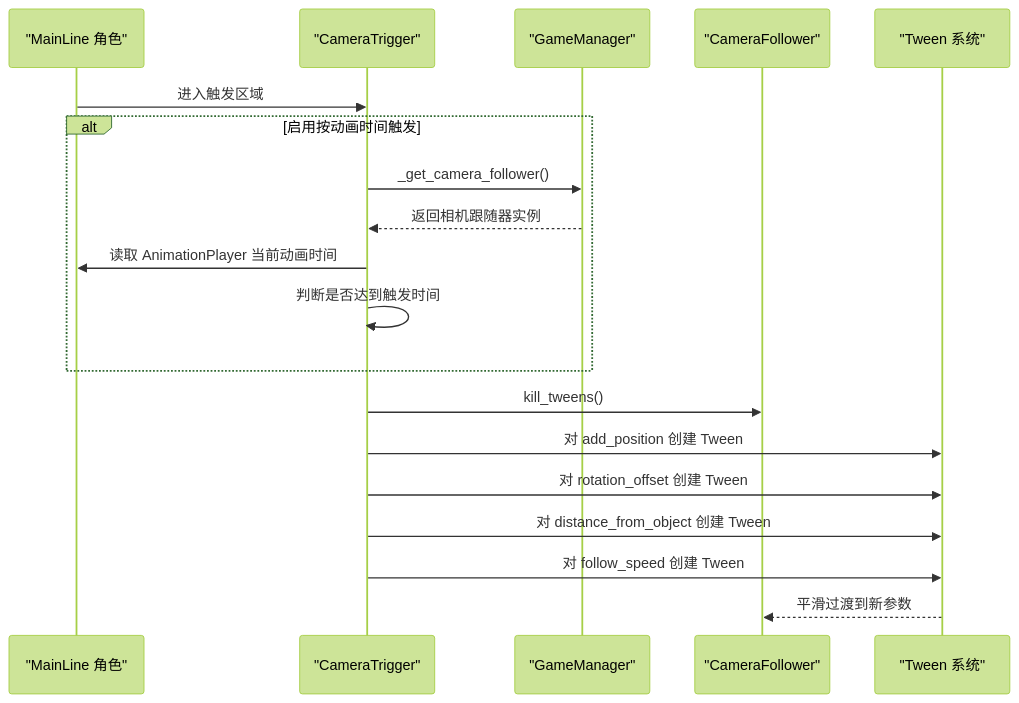
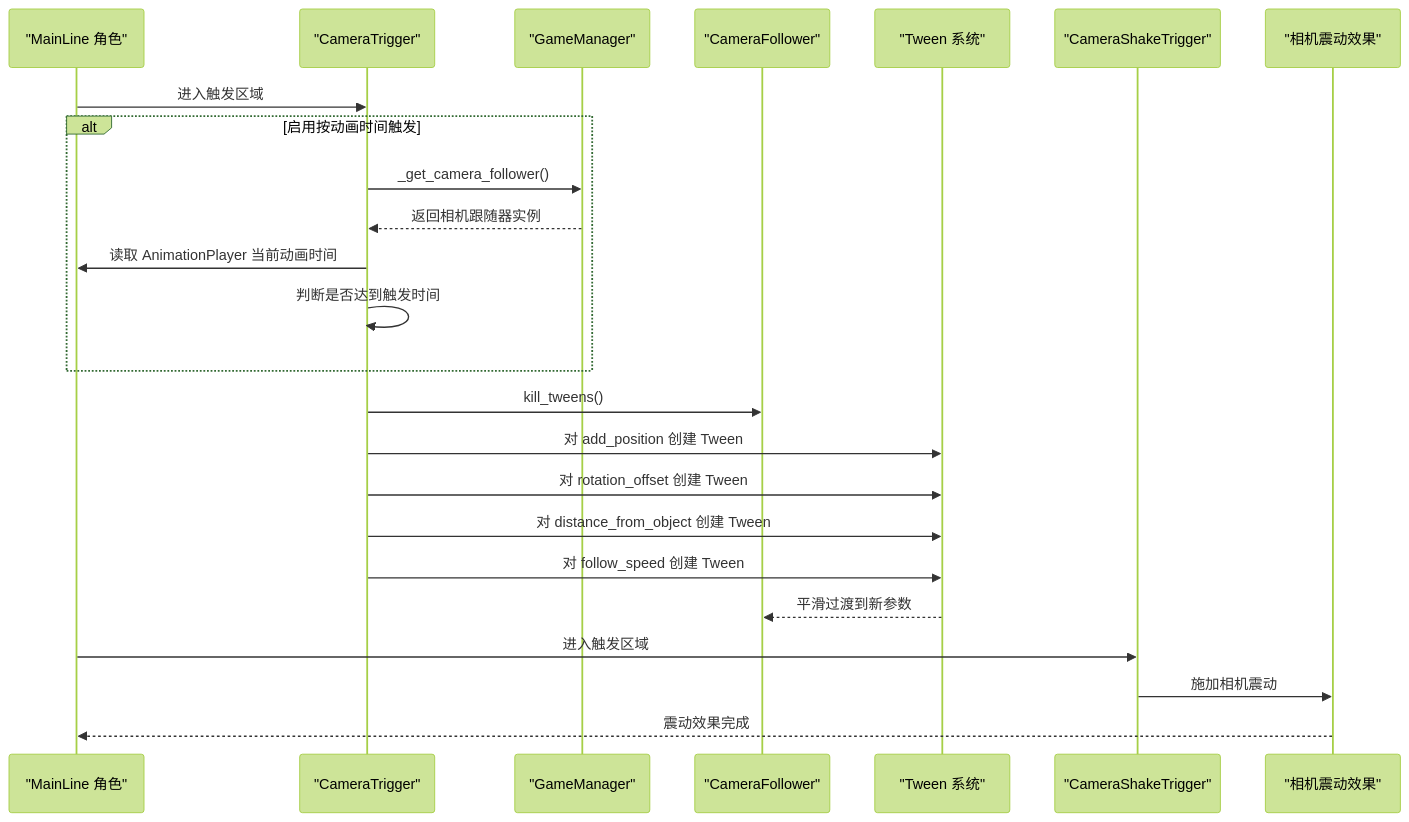
Before and after one commit to godotline/godot-line: the second of 7 diagrams in .qoder/repowiki/zh/content/游戏系统/触发器系统/相机触发器.md, drawn with Mermaid (forest theme). The commit also changed other lines of this file and 17 other files, not shown here.

````diff
--- a/.qoder/repowiki/zh/content/游戏系统/触发器系统/相机触发器.md
+++ b/.qoder/repowiki/zh/content/游戏系统/触发器系统/相机触发器.md
@@ -138,21 +143,26 @@
 ```mermaid
 sequenceDiagram
 participant Player as "MainLine 角色"
 participant Trigger as "CameraTrigger"
 participant GameMgr as "GameManager"
 participant Follower as "CameraFollower"
 participant Tween as "Tween 系统"
+participant ShakeTrigger as "CameraShakeTrigger"
+participant ShakeEffect as "相机震动效果"
 Player->>Trigger : 进入触发区域
 alt 启用按动画时间触发
 Trigger->>GameMgr : _get_camera_follower()
 GameMgr-->>Trigger : 返回相机跟随器实例
 Trigger->>Player : 读取 AnimationPlayer 当前动画时间
 Trigger->>Trigger : 判断是否达到触发时间
 end
 Trigger->>Follower : kill_tweens()
 Trigger->>Tween : 对 add_position 创建 Tween
 Trigger->>Tween : 对 rotation_offset 创建 Tween
 Trigger->>Tween : 对 distance_from_object 创建 Tween
 Trigger->>Tween : 对 follow_speed 创建 Tween
 Tween-->>Follower : 平滑过渡到新参数
+Player->>ShakeTrigger : 进入触发区域
+ShakeTrigger->>ShakeEffect : 施加相机震动
+ShakeEffect-->>Player : 震动效果完成
 ```
````
